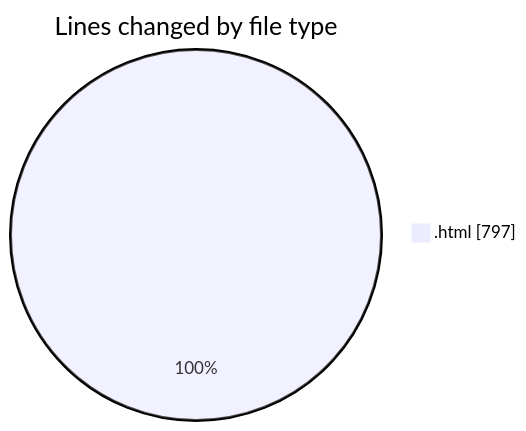
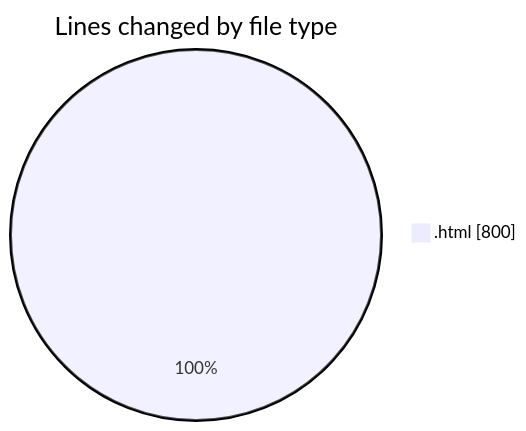
One commit to shibass792/code-tracking changed the first of 2 diagrams in 2026-07-16/panel/README.md. Above: the diagram before and after it, drawn with Mermaid. The commit also changed other lines of this file and 1 other file, not shown here.

````diff
--- a/2026-07-16/panel/README.md
+++ b/2026-07-16/panel/README.md
@@ -20,5 +20,5 @@
 ```mermaid
 pie showData
 title Lines changed by file type
-".html" : 797
+".html" : 800
 ```
````
